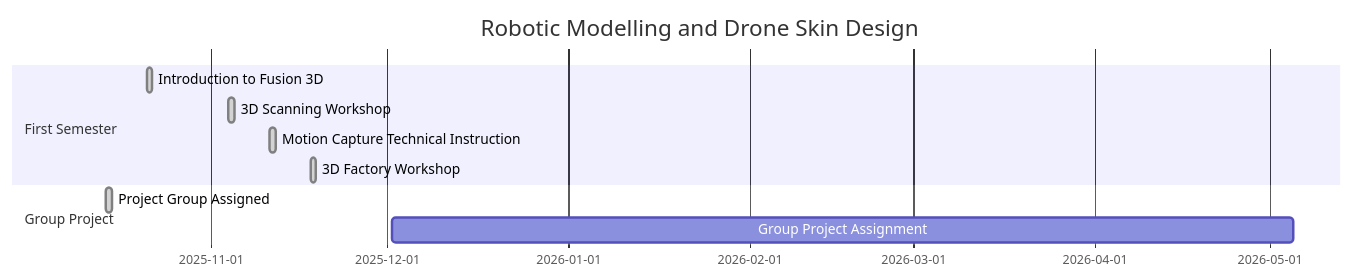
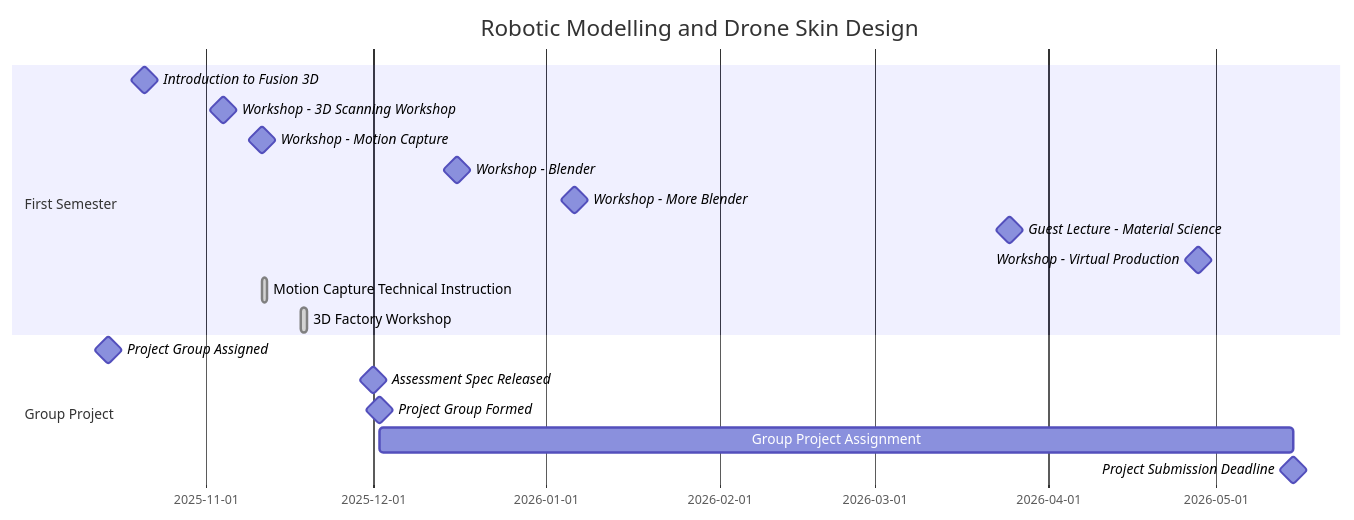
The diagram in README.md (mead-one/mead-one.github.io), drawn with Mermaid before and after one commit.

Commit message:
Added all workshops and assignment details to README Gantt chart

````diff
--- a/README.md
+++ b/README.md
@@ -6,15 +6,24 @@
 ```mermaid
 gantt
     dateformat YYYY-MM-DD
     title Robotic Modelling and Drone Skin Design
 
     section First Semester
-    Introduction to Fusion 3D       :done,  fusionintro, 2025-10-21, 1d
-    3D Scanning Workshop            :done,  3dscanintro, 2025-11-04, 1d
+    Introduction to Fusion 3D       :milestone, fusionintro, 2025-10-21, 0d
+    Workshop - 3D Scanning Workshop :milestone, w3dscan, 2025-11-04, 0d
+    Workshop - Motion Capture       :milestone, wmocap, 2025-11-11, 0d
+    Workshop - Blender              :milestone, wblender1, 2025-12-16, 0d
+    Workshop - More Blender         :milestone, wblender2, 2026-01-06, 0d
+    Guest Lecture - Material Science    :milestone, matsc, 2026-03-25, 0d
+    Workshop - Virtual Production   :milestone, wvprod, 2026-04-28, 0d
+
     Motion Capture Technical Instruction    :done, mocapintro, 2025-11-11, 1d
     3D Factory Workshop             :done, 3dfactoryintro, 2025-11-18, 1d
 
     section Group Project
-    Project Group Assigned          :done,  groupassigned, 2025-10-14, 1d
-    Group Project Assignment        : groupproject, 2025-12-02, 2026-05-05
+    Project Group Assigned          :milestone,  groupassigned, 2025-10-14, 1d
+    Assessment Spec Released        :milestone, assignmentstart, 2025-12-01, 0d
+    Project Group Formed            :milestone, groupformed, 2025-12-02, 0d
+    Group Project Assignment        : groupproject, 2025-12-02, 2026-05-15
+    Project Submission Deadline     :milestone, deadline, 2026-05-15, 0d
 ```
````
